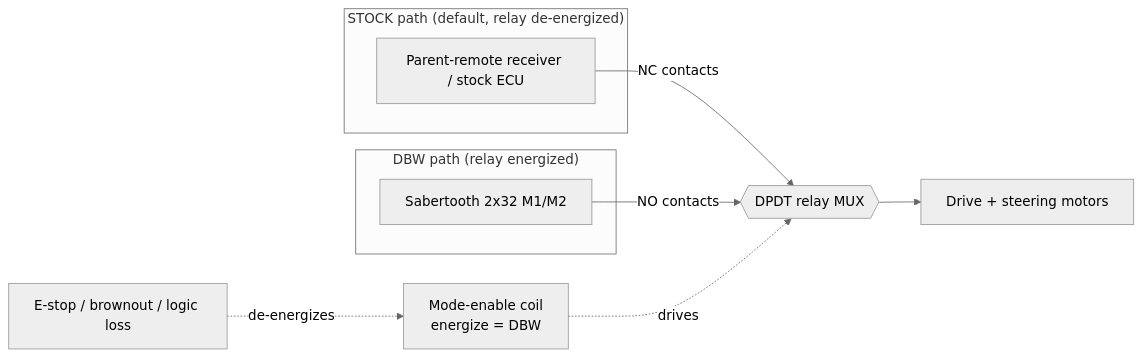
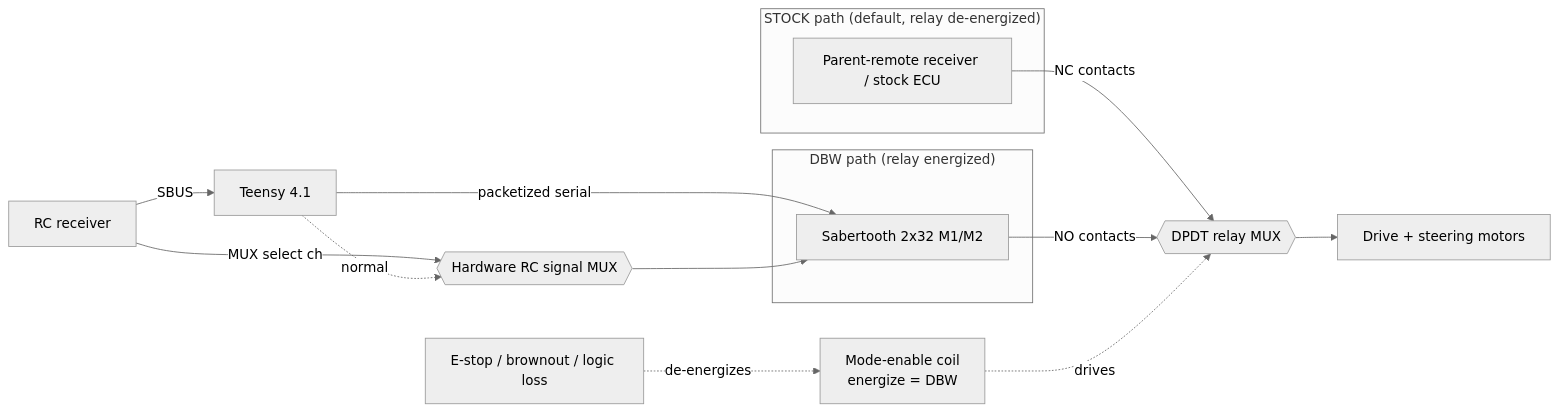
The diagram in docs/design/dbw.md (jrkwon/mrider), drawn with Mermaid (neutral theme) before and after one commit. The commit also changed other lines of this file and 25 other files, not shown here.

````diff
--- a/docs/design/dbw.md
+++ b/docs/design/dbw.md
@@ -223,14 +319,19 @@
 ```mermaid
 flowchart LR
     subgraph STOCK["STOCK path (default, relay de-energized)"]
       PR[Parent-remote receiver / stock ECU]
     end
     subgraph DBW["DBW path (relay energized)"]
       SB[Sabertooth 2x32 M1/M2]
     end
+    TEENSY[Teensy 4.1] -->|packetized serial| SB
+    RC[RC receiver] -->|SBUS| TEENSY
+    RC -->|MUX select ch| SMUX{{Hardware RC signal MUX}}
+    TEENSY -.->|normal| SMUX
+    SMUX --> SB
     PR -->|NC contacts| RLY{{DPDT relay MUX}}
     SB -->|NO contacts| RLY
     EN[Mode-enable coil<br/>energize = DBW] -.drives.-> RLY
     RLY --> MOT[Drive + steering motors]
     ESTOP[E-stop / brownout / logic loss] -.de-energizes.-> EN
 ```
````
